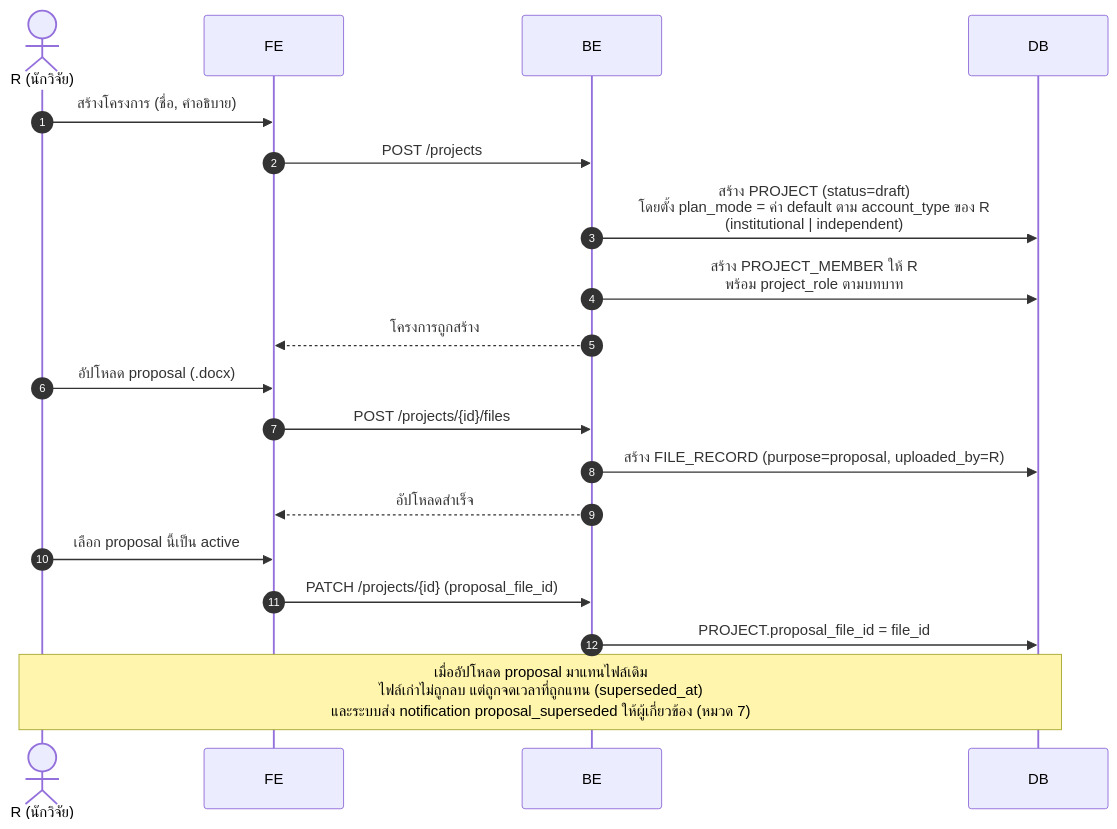
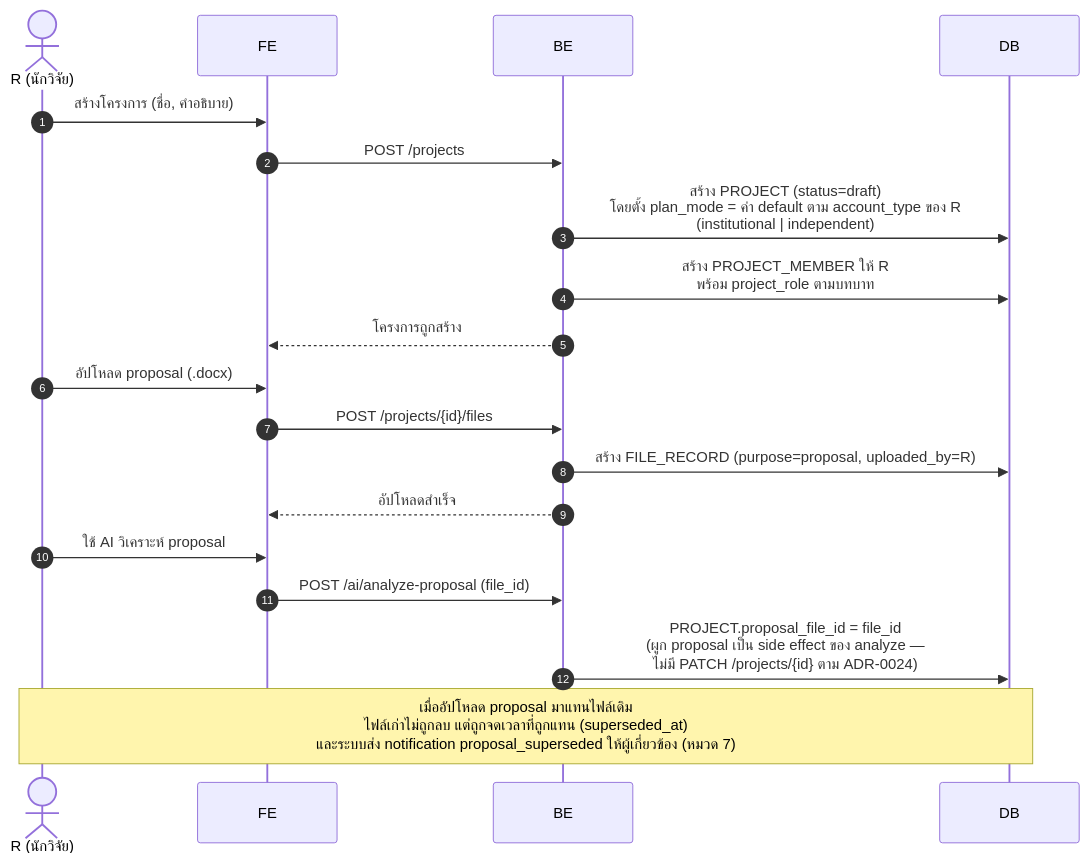
Before and after one commit to Open-Science-and-Data-management/Backend: the second of 18 diagrams in docs/architecture/sequence-diagrams.md, drawn with Mermaid. The commit also changed other lines of this file and 26 other files, not shown here.

````diff
--- a/docs/architecture/sequence-diagrams.md
+++ b/docs/architecture/sequence-diagrams.md
@@ -101,25 +109,25 @@
 ```mermaid
 sequenceDiagram
     autonumber
     actor R as R (นักวิจัย)
     participant FE as FE
     participant BE as BE
     participant DB as DB
 
     R->>FE: สร้างโครงการ (ชื่อ, คำอธิบาย)
     FE->>BE: POST /projects
     BE->>DB: สร้าง PROJECT (status=draft)<br/>โดยตั้ง plan_mode = ค่า default ตาม account_type ของ R<br/>(institutional | independent)
     BE->>DB: สร้าง PROJECT_MEMBER ให้ R<br/>พร้อม project_role ตามบทบาท
     BE-->>FE: โครงการถูกสร้าง
 
     R->>FE: อัปโหลด proposal (.docx)
     FE->>BE: POST /projects/{id}/files
     BE->>DB: สร้าง FILE_RECORD (purpose=proposal, uploaded_by=R)
     BE-->>FE: อัปโหลดสำเร็จ
 
-    R->>FE: เลือก proposal นี้เป็น active
-    FE->>BE: PATCH /projects/{id} (proposal_file_id)
-    BE->>DB: PROJECT.proposal_file_id = file_id
+    R->>FE: ใช้ AI วิเคราะห์ proposal
+    FE->>BE: POST /ai/analyze-proposal (file_id)
+    BE->>DB: PROJECT.proposal_file_id = file_id<br/>(ผูก proposal เป็น side effect ของ analyze —<br/>ไม่มี PATCH /projects/{id} ตาม ADR-0024)
 
     Note over R,DB: เมื่ออัปโหลด proposal มาแทนไฟล์เดิม<br/>ไฟล์เก่าไม่ถูกลบ แต่ถูกจดเวลาที่ถูกแทน (superseded_at)<br/>และระบบส่ง notification proposal_superseded ให้ผู้เกี่ยวข้อง (หมวด 7)
 ```
````
